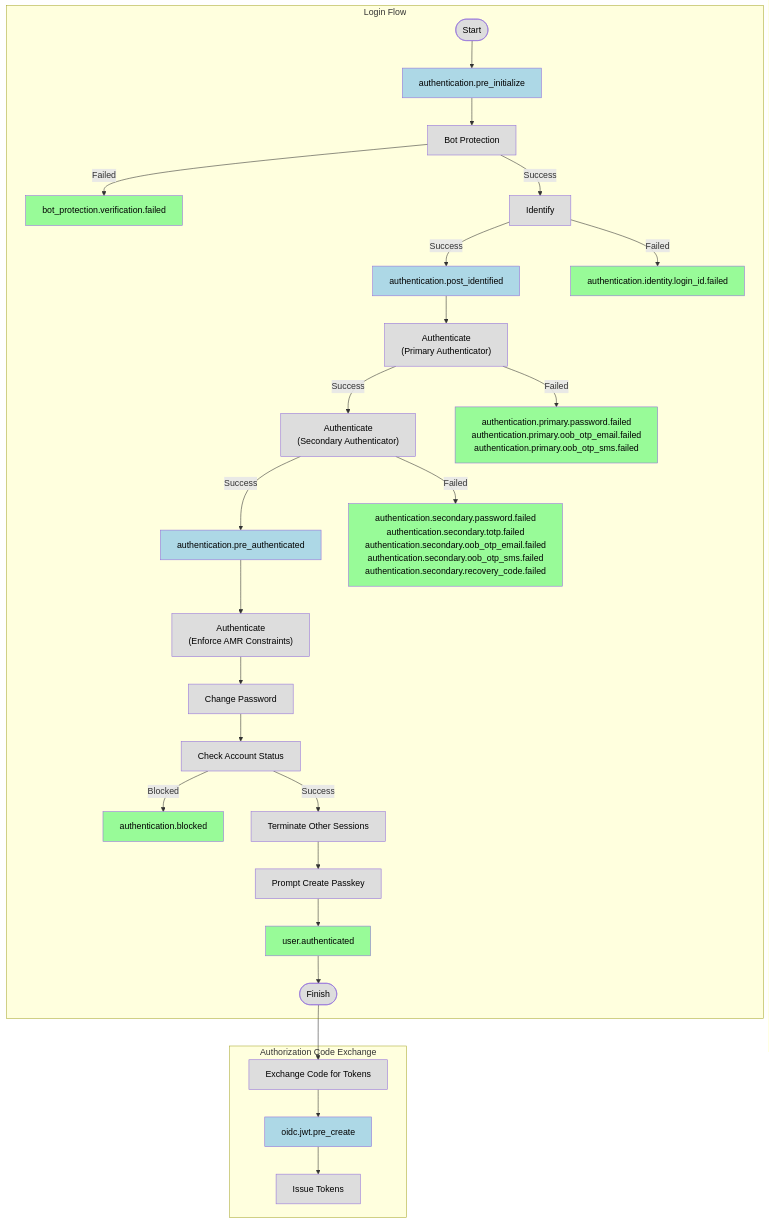
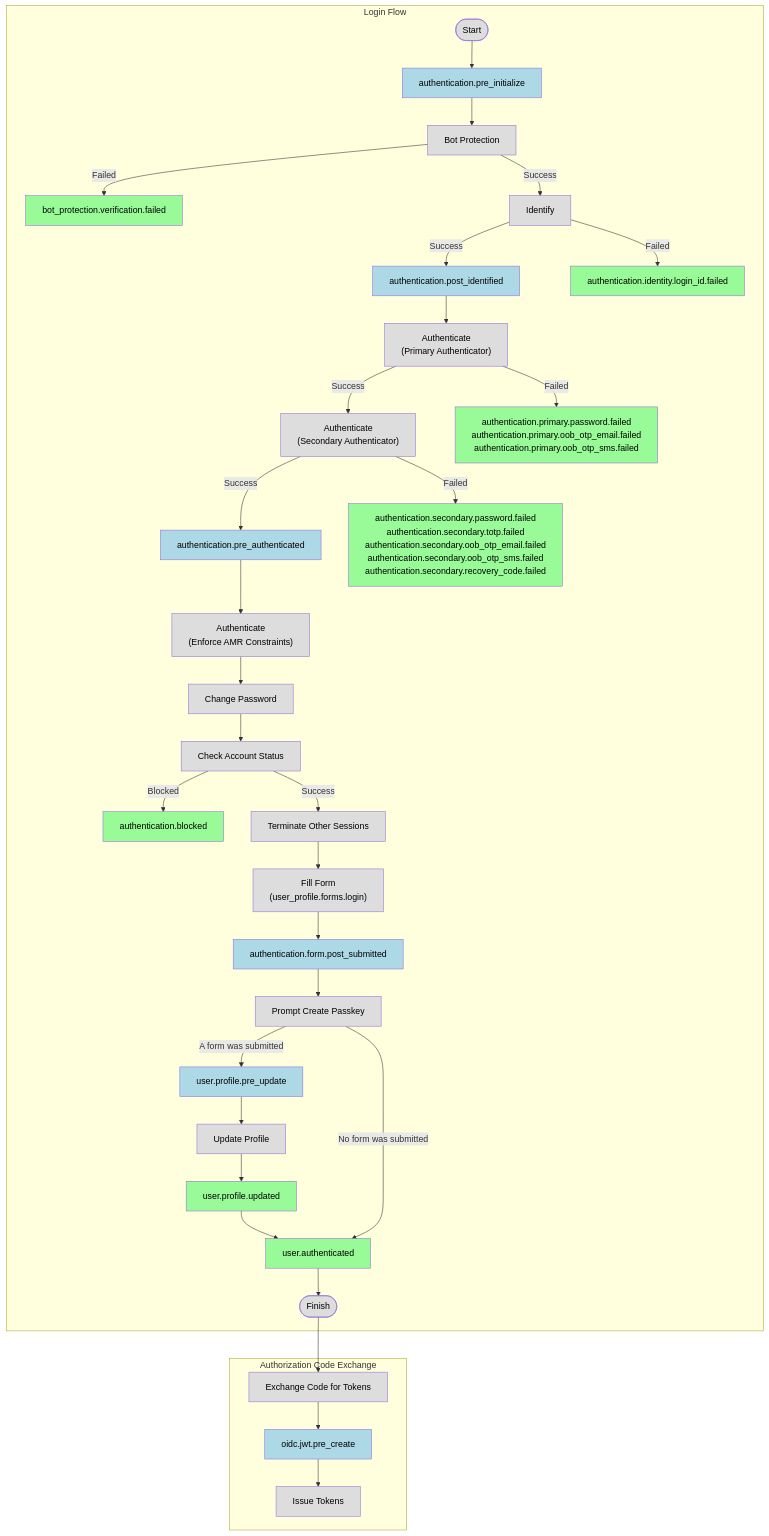
The third of 3 diagrams in docs/specs/event.md (authgear/authgear-server), drawn with Mermaid before and after one commit. The commit also changed other lines of this file, not shown here.

Commit message:
doc: List all blocking events and show forms in trigger point diagrams

````diff
--- a/docs/specs/event.md
+++ b/docs/specs/event.md
@@ -1565,44 +1575,50 @@
 ```mermaid
 flowchart TD
     subgraph "Login Flow"
         Start([Start])
         Start --> AuthenticationPreInitialize[authentication.pre_initialize]
         AuthenticationPreInitialize --> BotProtection[Bot Protection]
         BotProtection -- "Failed" --> BotProtectionVerificationFailed[bot_protection.verification.failed]
         BotProtection -- "Success" --> Identify[Identify]
         Identify -- "Success" --> AuthenticationPostIdentified[authentication.post_identified]
         Identify -- "Failed" --> AuthenticationIdentityLoginIDFailed[authentication.identity.login_id.failed]
 
         AuthenticationPostIdentified --> AuthenticatePrimary["Authenticate<br>(Primary Authenticator)"]
 
         AuthenticatePrimary -- "Success" --> AuthenticateSecondary["Authenticate<br>(Secondary Authenticator)"]
         AuthenticatePrimary -- "Failed" --> PrimaryAuthFailed["authentication.primary.password.failed<br>authentication.primary.oob_otp_email.failed<br>authentication.primary.oob_otp_sms.failed"]:::event
 
         AuthenticateSecondary -- "Success" --> AuthenticationPreAuthenticated[authentication.pre_authenticated]
         AuthenticateSecondary -- "Failed" --> SecondaryAuthFailed["authentication.secondary.password.failed<br>authentication.secondary.totp.failed<br>authentication.secondary.oob_otp_email.failed<br>authentication.secondary.oob_otp_sms.failed<br>authentication.secondary.recovery_code.failed"]:::event
 
         AuthenticationPreAuthenticated --> AuthenticateAdaptive["Authenticate<br>(Enforce AMR Constraints)"]
         AuthenticateAdaptive --> ChangePassword[Change Password]
         ChangePassword --> CheckAccountStatus[Check Account Status]
         CheckAccountStatus -- "Blocked" --> AuthenticationBlocked[authentication.blocked]
         CheckAccountStatus -- "Success" --> TerminateOtherSessions[Terminate Other Sessions]
-        TerminateOtherSessions --> PromptCreatePasskey[Prompt Create Passkey]
-        PromptCreatePasskey --> UserAuthenticated[user.authenticated]
+        TerminateOtherSessions --> FillForm["Fill Form<br>(user_profile.forms.login)"]
+        FillForm --> AuthenticationFormPostSubmitted[authentication.form.post_submitted]
+        AuthenticationFormPostSubmitted --> PromptCreatePasskey[Prompt Create Passkey]
+        PromptCreatePasskey -- "A form was submitted" --> UserProfilePreUpdate[user.profile.pre_update]
+        UserProfilePreUpdate --> UpdateProfile[Update Profile]
+        UpdateProfile --> UserProfileUpdated[user.profile.updated]
+        UserProfileUpdated --> UserAuthenticated[user.authenticated]
+        PromptCreatePasskey -- "No form was submitted" --> UserAuthenticated
         UserAuthenticated --> FinishLogin([Finish])
     end
 
     subgraph "Authorization Code Exchange"
         ExchangeCode[Exchange Code for Tokens]
         ExchangeCode --> OIDCJWTPreCreate[oidc.jwt.pre_create]
         OIDCJWTPreCreate --> IssueTokens[Issue Tokens]
     end
 
     FinishLogin --> ExchangeCode
 
     classDef event fill:#98FB98,color:#000000
     classDef blockingEvent fill:#ADD8E6,color:#000000
     classDef processNode fill:#dddddd,color:#000000
-    class BotProtectionVerificationFailed,AuthenticationIdentityLoginIDFailed,PrimaryAuthFailed,SecondaryAuthFailed,AuthenticationBlocked,UserAuthenticated event
-    class AuthenticationPreInitialize,AuthenticationPostIdentified,AuthenticationPreAuthenticated,OIDCJWTPreCreate blockingEvent
-    class Start,BotProtection,Identify,AuthenticatePrimary,AuthenticateSecondary,ChangePassword,CheckAccountStatus,TerminateOtherSessions,PromptCreatePasskey,AuthenticateAdaptive,ExchangeCode,IssueTokens,FinishLogin processNode
+    class BotProtectionVerificationFailed,AuthenticationIdentityLoginIDFailed,PrimaryAuthFailed,SecondaryAuthFailed,AuthenticationBlocked,UserAuthenticated,UserProfileUpdated event
+    class AuthenticationPreInitialize,AuthenticationPostIdentified,AuthenticationPreAuthenticated,AuthenticationFormPostSubmitted,UserProfilePreUpdate,OIDCJWTPreCreate blockingEvent
+    class Start,BotProtection,Identify,AuthenticatePrimary,AuthenticateSecondary,ChangePassword,CheckAccountStatus,TerminateOtherSessions,FillForm,UpdateProfile,PromptCreatePasskey,AuthenticateAdaptive,ExchangeCode,IssueTokens,FinishLogin processNode
 ```
````
